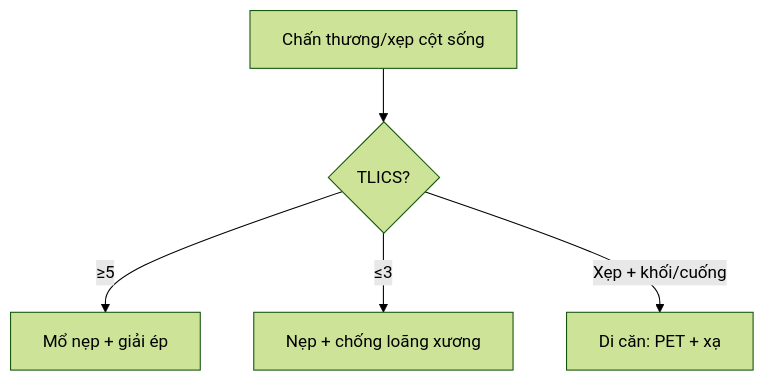
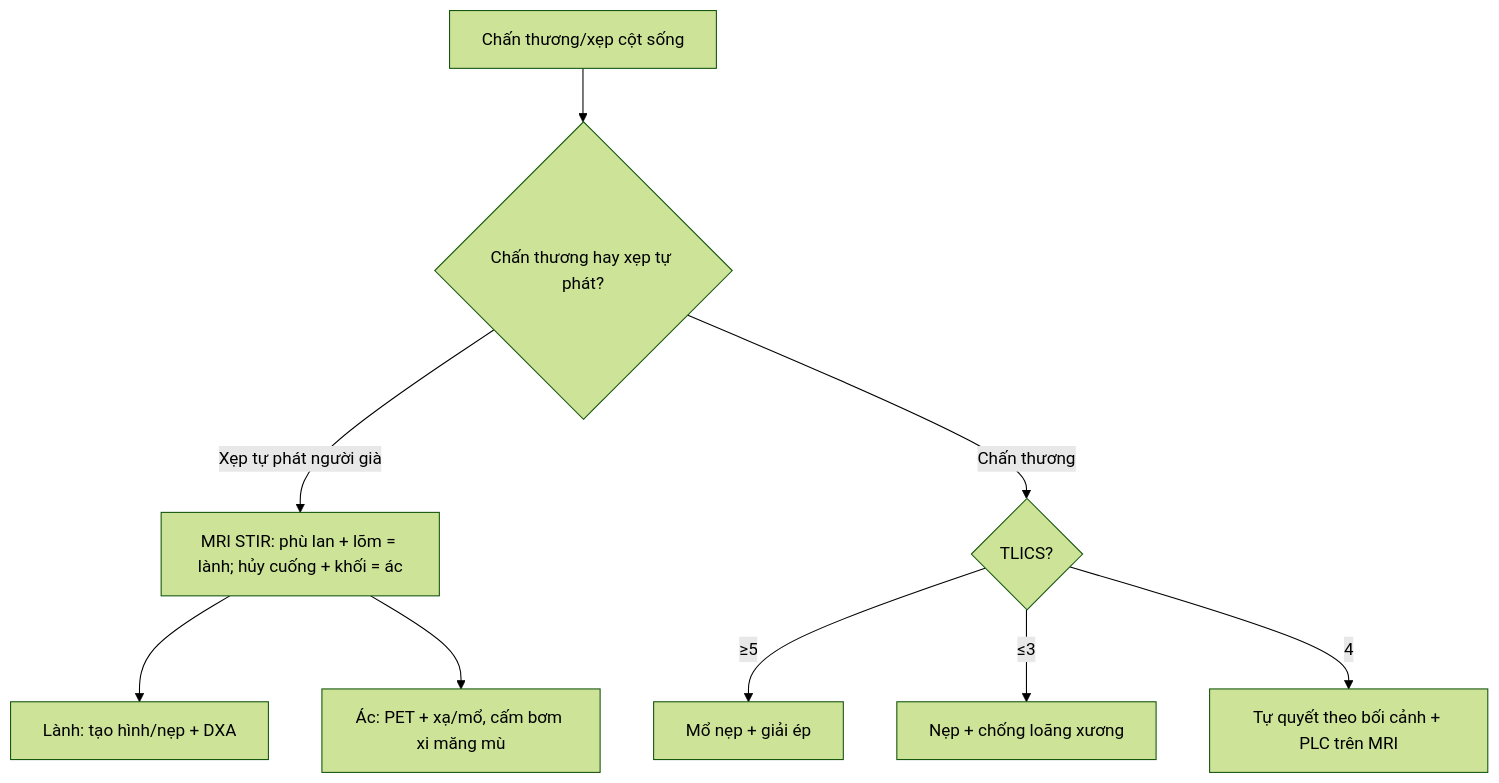
One commit to drthe92/rad changed the diagram in 221-chan-thuong-cot-song/lesson.md. Above: the diagram before and after it, drawn with Mermaid (forest theme). The commit also changed other lines of this file and 24 other files, not shown here.

Commit message:
565 sàng lọc hình thái thai & Doppler sản khoa (NT/FGR/CPR/MCA-PSV/DV) + backfill ảnh 221 chấn thương cột sống

````diff
--- a/221-chan-thuong-cot-song/lesson.md
+++ b/221-chan-thuong-cot-song/lesson.md
@@ -41,7 +50,11 @@
 ```mermaid
 flowchart TD
-  A[Chấn thương/xẹp cột sống] --> B{TLICS?}
-  B -->|≥5| C[Mổ nẹp + giải ép]
-  B -->|≤3| D[Nẹp + chống loãng xương]
-  B -->|Xẹp + khối/cuống| E[Di căn: PET + xạ]
+  A[Chấn thương/xẹp cột sống] --> B{Chấn thương hay xẹp tự phát?}
+  B -->|Xẹp tự phát người già| X[MRI STIR: phù lan + lõm = lành; hủy cuống + khối = ác]
+  X --> X1[Lành: tạo hình/nẹp + DXA]
+  X --> X2[Ác: PET + xạ/mổ, cấm bơm xi măng mù]
+  B -->|Chấn thương| C{TLICS?}
+  C -->|≥5| D[Mổ nẹp + giải ép]
+  C -->|≤3| E[Nẹp + chống loãng xương]
+  C -->|4| F[Tự quyết theo bối cảnh + PLC trên MRI]
 ```
````
